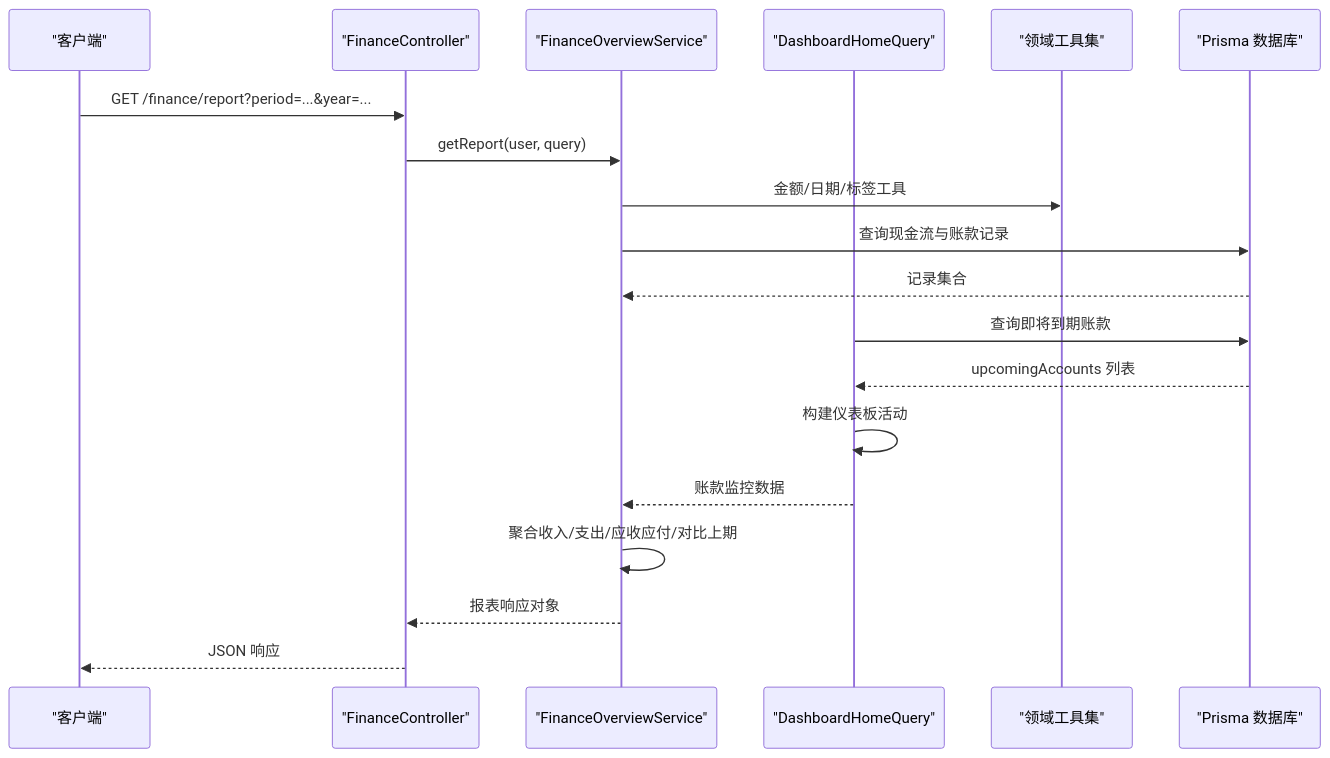
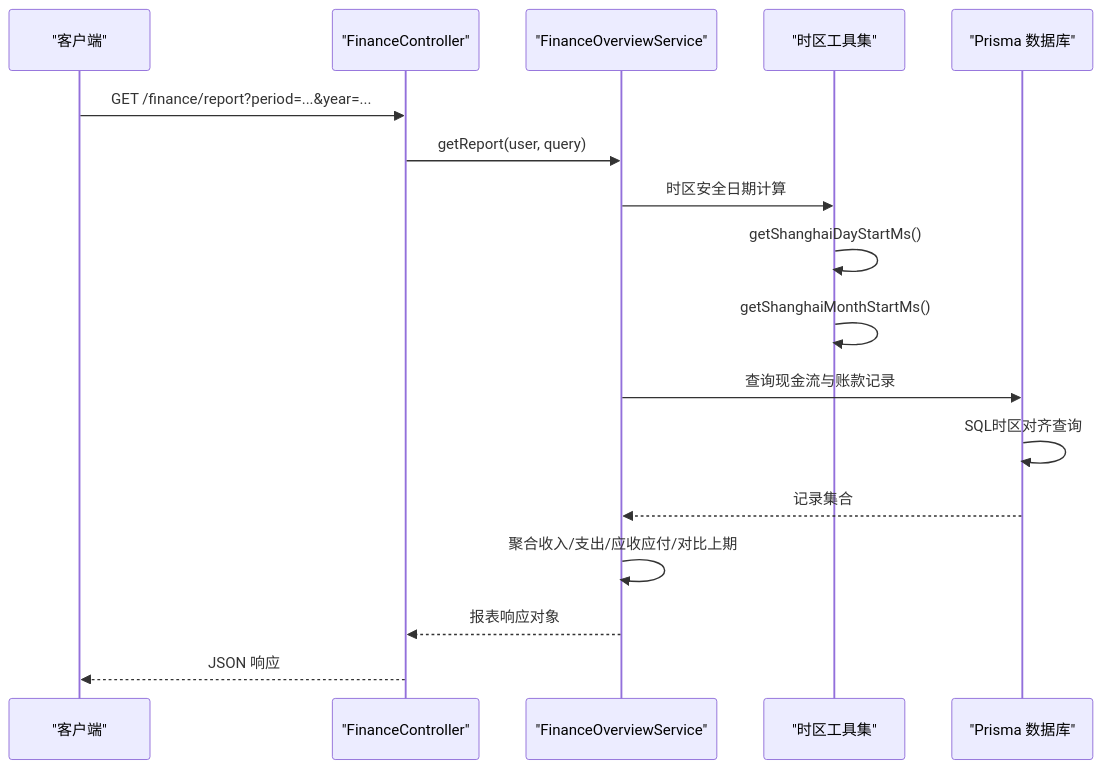
One commit to rc558620/purelyprofit-server changed the second of 8 diagrams in .qoder/repowiki/zh/content/业务模块/财务管理模块/财务报表.md. Above: the diagram before and after it, drawn with Mermaid. The commit also changed other lines of this file and 25 other files, not shown here.

````diff
--- a/.qoder/repowiki/zh/content/业务模块/财务管理模块/财务报表.md
+++ b/.qoder/repowiki/zh/content/业务模块/财务管理模块/财务报表.md
@@ -175,21 +180,19 @@
 ```mermaid
 sequenceDiagram
 participant Client as "客户端"
 participant Ctrl as "FinanceController"
 participant Svc as "FinanceOverviewService"
-participant Dash as "DashboardHomeQuery"
-participant Util as "领域工具集"
+participant Util as "时区工具集"
 participant DB as "Prisma 数据库"
 Client->>Ctrl : GET /finance/report?period=...&year=...
 Ctrl->>Svc : getReport(user, query)
-Svc->>Util : 金额/日期/标签工具
+Svc->>Util : 时区安全日期计算
+Util->>Util : getShanghaiDayStartMs()
+Util->>Util : getShanghaiMonthStartMs()
 Svc->>DB : 查询现金流与账款记录
+DB->>DB : SQL时区对齐查询
 DB-->>Svc : 记录集合
-Dash->>DB : 查询即将到期账款
-DB-->>Dash : upcomingAccounts 列表
-Dash->>Dash : 构建仪表板活动
-Dash-->>Svc : 账款监控数据
 Svc->>Svc : 聚合收入/支出/应收应付/对比上期
 Svc-->>Ctrl : 报表响应对象
 Ctrl-->>Client : JSON 响应
 ```
````
